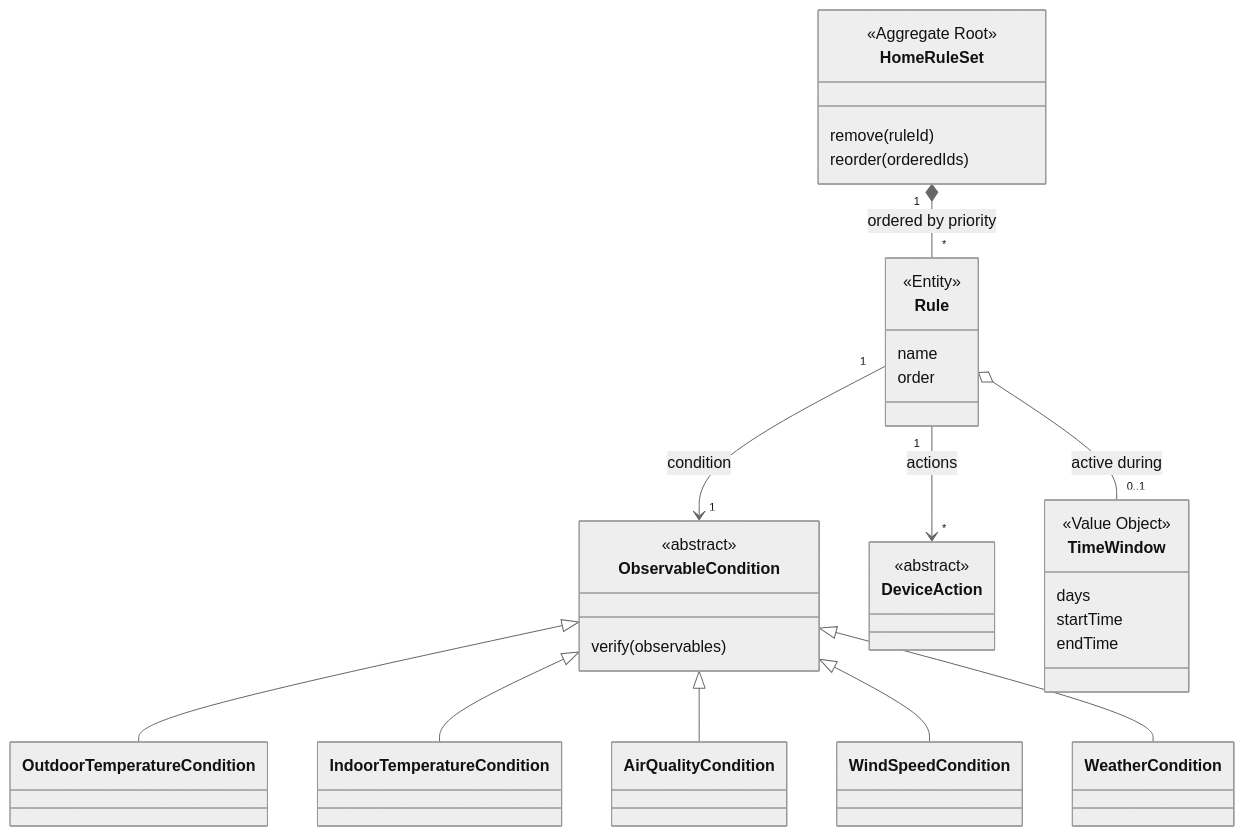
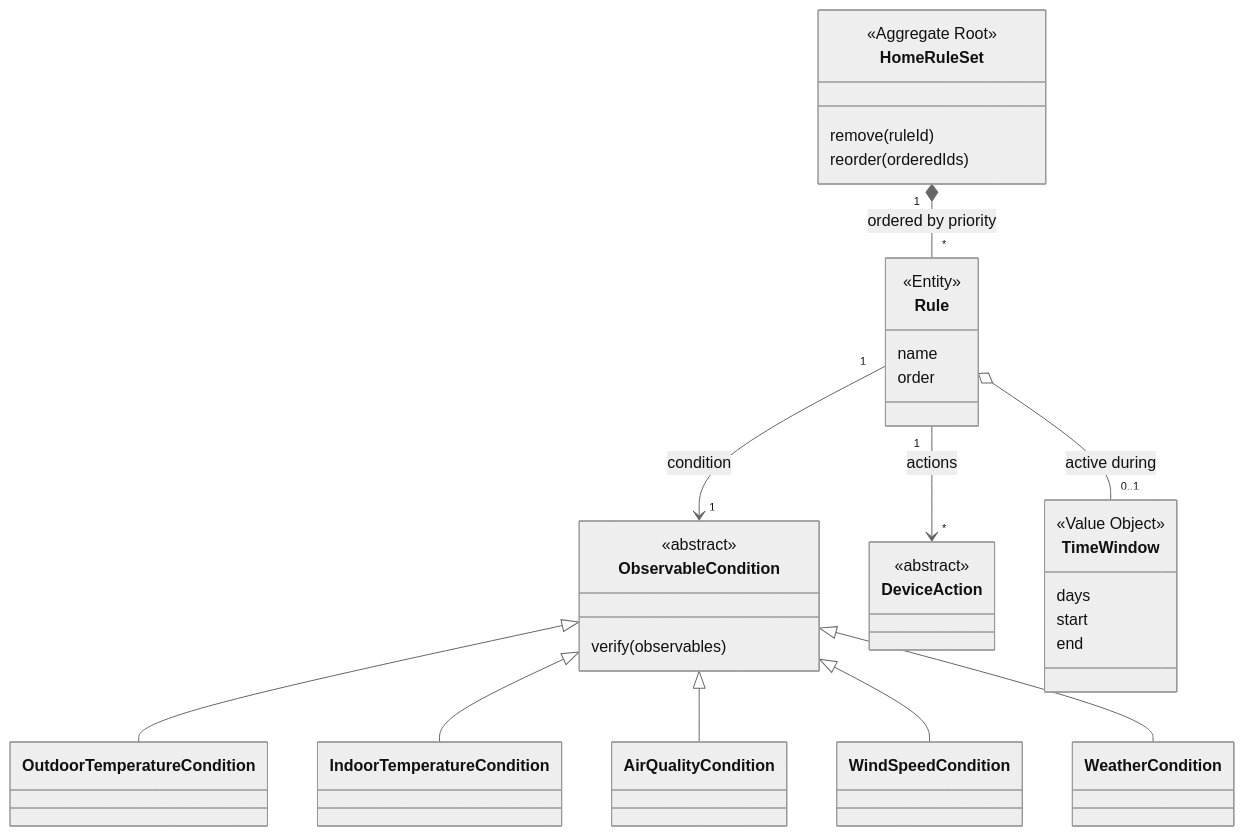
One commit to nicolo-mn/HiHome changed the third of 5 diagrams in docs-spe/design.md. Above: the diagram before and after it, drawn with Mermaid (neutral theme). The commit also changed other lines of this file and 3 other files, not shown here.

````diff
--- a/docs-spe/design.md
+++ b/docs-spe/design.md
@@ -116,41 +118,41 @@
 ```mermaid
 classDiagram
     class HomeRuleSet {
         <<Aggregate Root>>
         remove(ruleId)
         reorder(orderedIds)
     }
     class Rule {
         <<Entity>>
         name
         order
     }
     class ObservableCondition {
         <<abstract>>
         verify(observables)
     }
     class OutdoorTemperatureCondition
     class IndoorTemperatureCondition
     class AirQualityCondition
     class WindSpeedCondition
     class WeatherCondition
     class DeviceAction {
         <<abstract>>
     }
     class TimeWindow {
         <<Value Object>>
         days
-        startTime
-        endTime
+        start
+        end
     }
 
     HomeRuleSet "1" *-- "*" Rule : ordered by priority
     Rule "1" --> "1" ObservableCondition : condition
     Rule "1" --> "*" DeviceAction : actions
     Rule o-- "0..1" TimeWindow : active during
     ObservableCondition <|-- OutdoorTemperatureCondition
     ObservableCondition <|-- IndoorTemperatureCondition
     ObservableCondition <|-- AirQualityCondition
     ObservableCondition <|-- WindSpeedCondition
     ObservableCondition <|-- WeatherCondition
 ```
````
